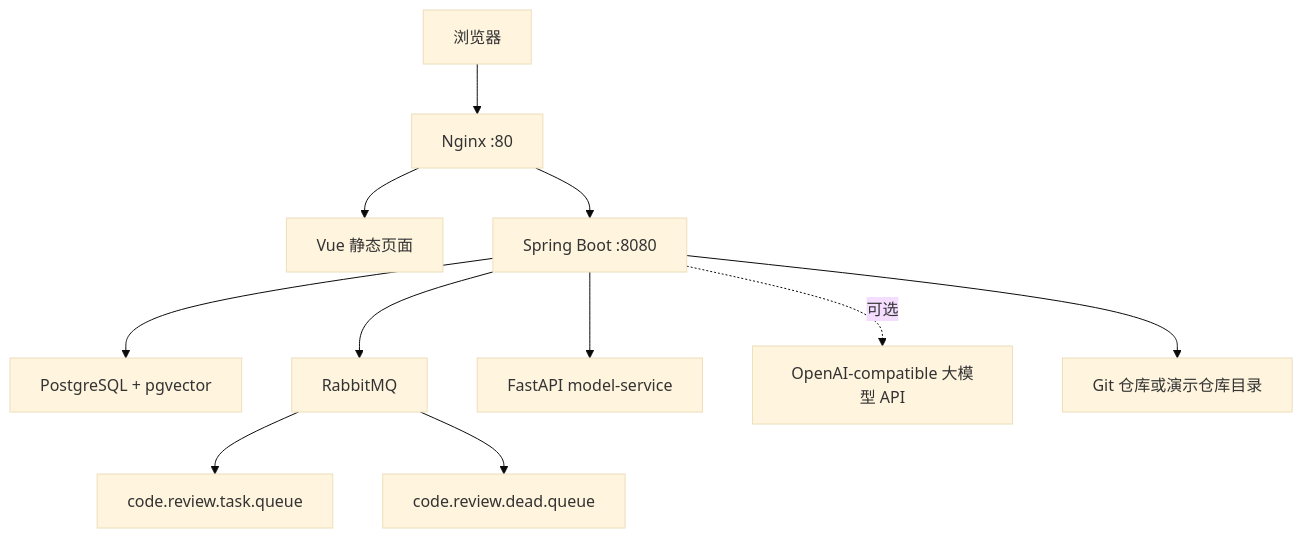
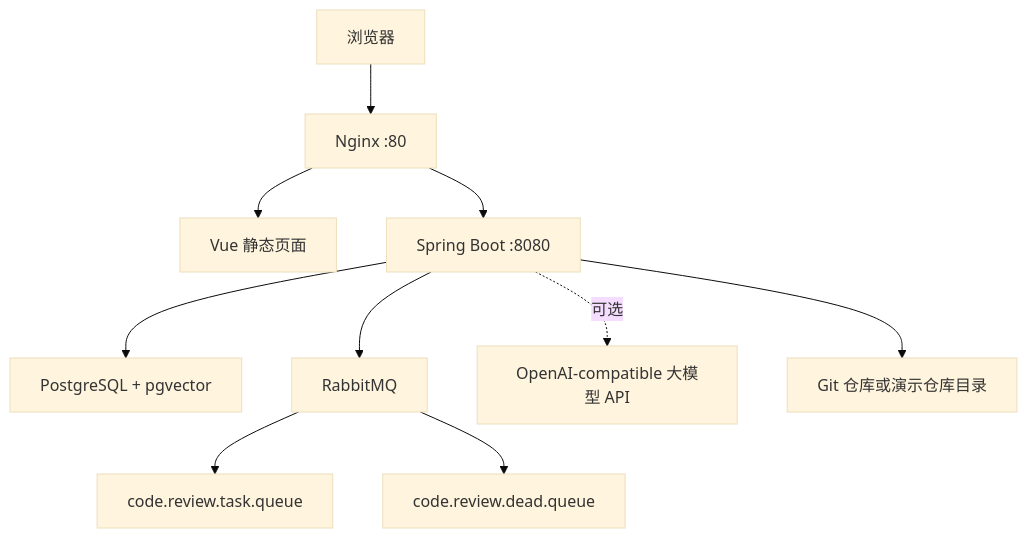
Before and after one commit to LinYsssss/ForgePilot: the first of 2 diagrams in docs/12_服务器部署与演示手册.md, drawn with Mermaid (base theme). The commit also changed other lines of this file and 28 other files, not shown here.

First line of the commit message:
feat(P0): model-service 下线——架构清理,审查链路回归纯 RAG 上下文

````diff
--- a/docs/12_服务器部署与演示手册.md
+++ b/docs/12_服务器部署与演示手册.md
@@ -15,13 +15,12 @@
 ```mermaid
 flowchart TB
     User["浏览器"] --> Nginx["Nginx :80"]
     Nginx --> Frontend["Vue 静态页面"]
     Nginx --> Backend["Spring Boot :8080"]
     Backend --> Postgres["PostgreSQL + pgvector"]
     Backend --> Rabbit["RabbitMQ"]
-    Backend --> Model["FastAPI model-service"]
     Backend -.可选.-> LLM["OpenAI-compatible 大模型 API"]
     Backend --> Git["Git 仓库或演示仓库目录"]
     Rabbit --> TaskQ["code.review.task.queue"]
     Rabbit --> DeadQ["code.review.dead.queue"]
 ```
````
